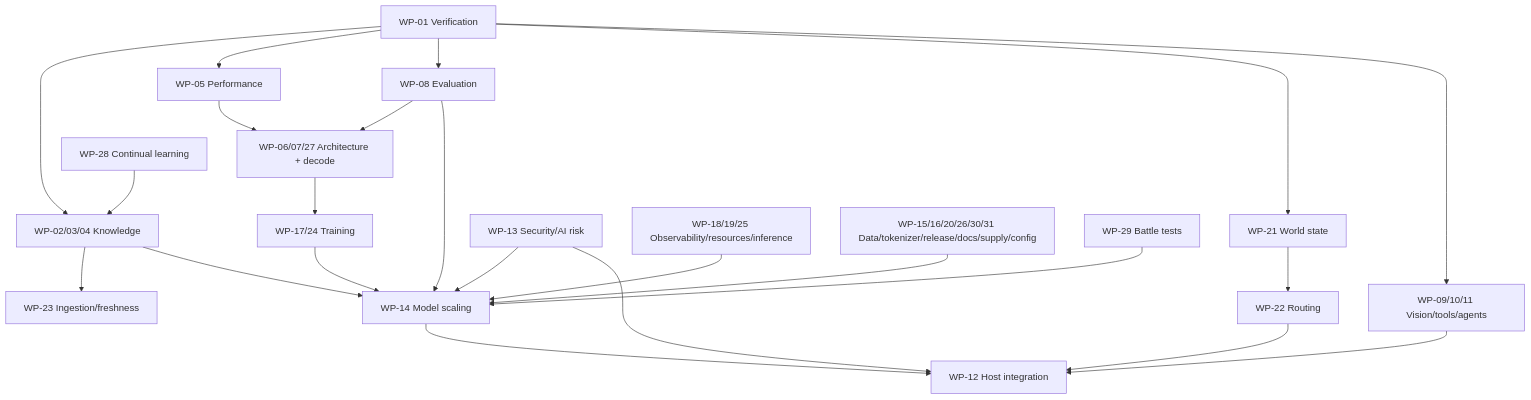
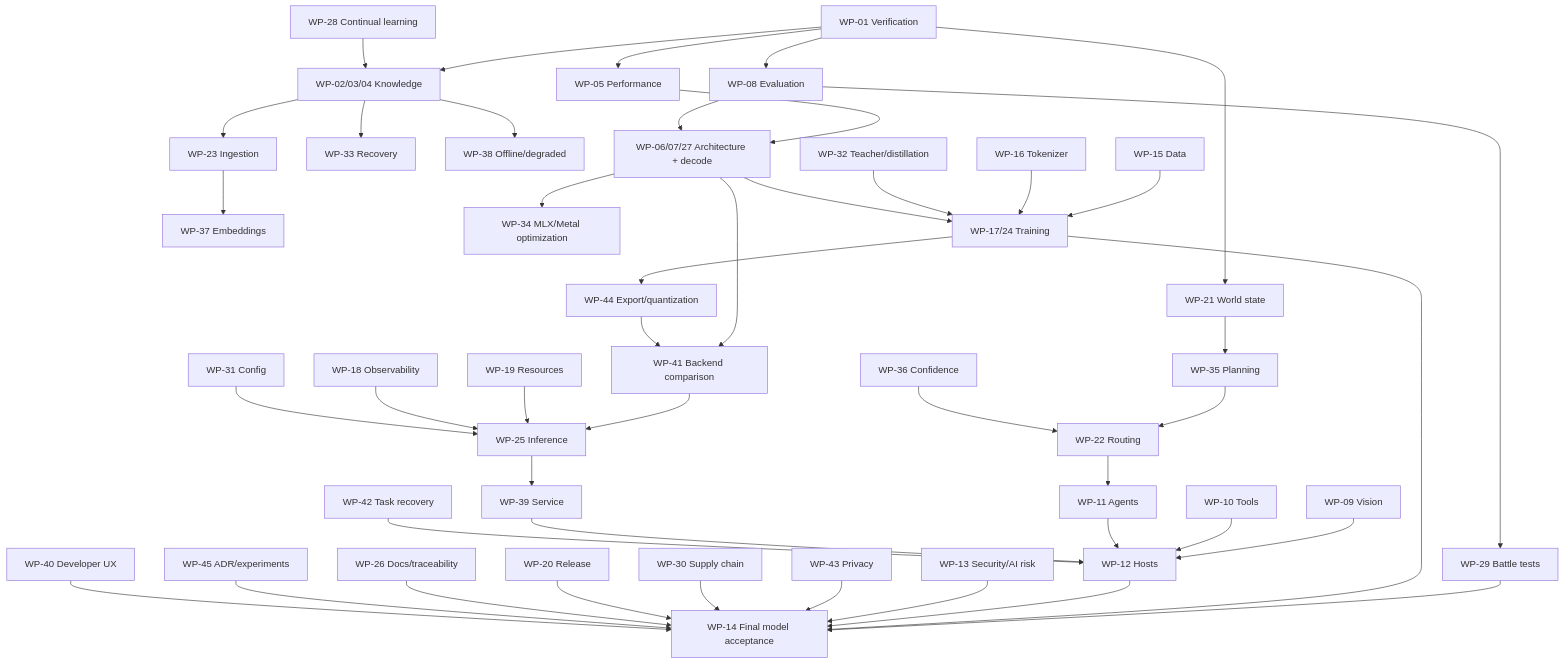
The diagram in docs/agent-architecture/ROADMAP.md (ORCHORDS-LCC/OAI-2.0), drawn with Mermaid before and after one commit. The commit also changed other lines of this file, not shown here.

Commit message:
docs: extend roadmap through WP-45

````diff
--- a/docs/agent-architecture/ROADMAP.md
+++ b/docs/agent-architecture/ROADMAP.md
@@ -59,25 +73,54 @@
 ```mermaid
 flowchart TD
     V[WP-01 Verification] --> K[WP-02/03/04 Knowledge]
     V --> P[WP-05 Performance]
     V --> E[WP-08 Evaluation]
     V --> W[WP-21 World state]
-    K --> I[WP-23 Ingestion/freshness]
+
+    K --> ING[WP-23 Ingestion]
+    ING --> EMB[WP-37 Embeddings]
+    K --> DR[WP-33 Recovery]
+    K --> OFF[WP-38 Offline/degraded]
+
     P --> A[WP-06/07/27 Architecture + decode]
     E --> A
-    W --> R[WP-22 Routing]
-    A --> T[WP-17/24 Training]
-    T --> M[WP-14 Model scaling]
-    E --> M
-    K --> M
-    V --> X[WP-09/10/11 Vision/tools/agents]
-    X --> H[WP-12 Host integration]
-    R --> H
-    M --> H
-    S[WP-13 Security/AI risk] --> M
-    S --> H
-    O[WP-18/19/25 Observability/resources/inference] --> M
-    D[WP-15/16/20/26/30/31 Data/tokenizer/release/docs/supply/config] --> M
-    B[WP-29 Battle tests] --> M
-    L[WP-28 Continual learning] --> K
+    A --> KERN[WP-34 MLX/Metal optimization]
+    A --> BACK[WP-41 Backend comparison]
+
+    W --> PLAN[WP-35 Planning]
+    PLAN --> ROUTE[WP-22 Routing]
+    CONF[WP-36 Confidence] --> ROUTE
+
+    DATA[WP-15 Data] --> TRAIN[WP-17/24 Training]
+    TOK[WP-16 Tokenizer] --> TRAIN
+    TEACH[WP-32 Teacher/distillation] --> TRAIN
+    A --> TRAIN
+
+    TRAIN --> EXPORT[WP-44 Export/quantization]
+    EXPORT --> BACK
+    BACK --> INF[WP-25 Inference]
+    RES[WP-19 Resources] --> INF
+    OBS[WP-18 Observability] --> INF
+    CFG[WP-31 Config] --> INF
+
+    INF --> SERV[WP-39 Service]
+    VIS[WP-09 Vision] --> HOST[WP-12 Hosts]
+    TOOL[WP-10 Tools] --> HOST
+    AGT[WP-11 Agents] --> HOST
+    ROUTE --> AGT
+    SERV --> HOST
+    TASK[WP-42 Task recovery] --> HOST
+
+    E --> SCEN[WP-29 Battle tests]
+    SCEN --> MODEL[WP-14 Final model acceptance]
+    TRAIN --> MODEL
+    HOST --> MODEL
+    SEC[WP-13 Security/AI risk] --> MODEL
+    PRIV[WP-43 Privacy] --> MODEL
+    SUP[WP-30 Supply chain] --> MODEL
+    REL[WP-20 Release] --> MODEL
+    DOC[WP-26 Docs/traceability] --> MODEL
+    ADR[WP-45 ADR/experiments] --> MODEL
+    DEVX[WP-40 Developer UX] --> MODEL
+    LEARN[WP-28 Continual learning] --> K
 ```
````
